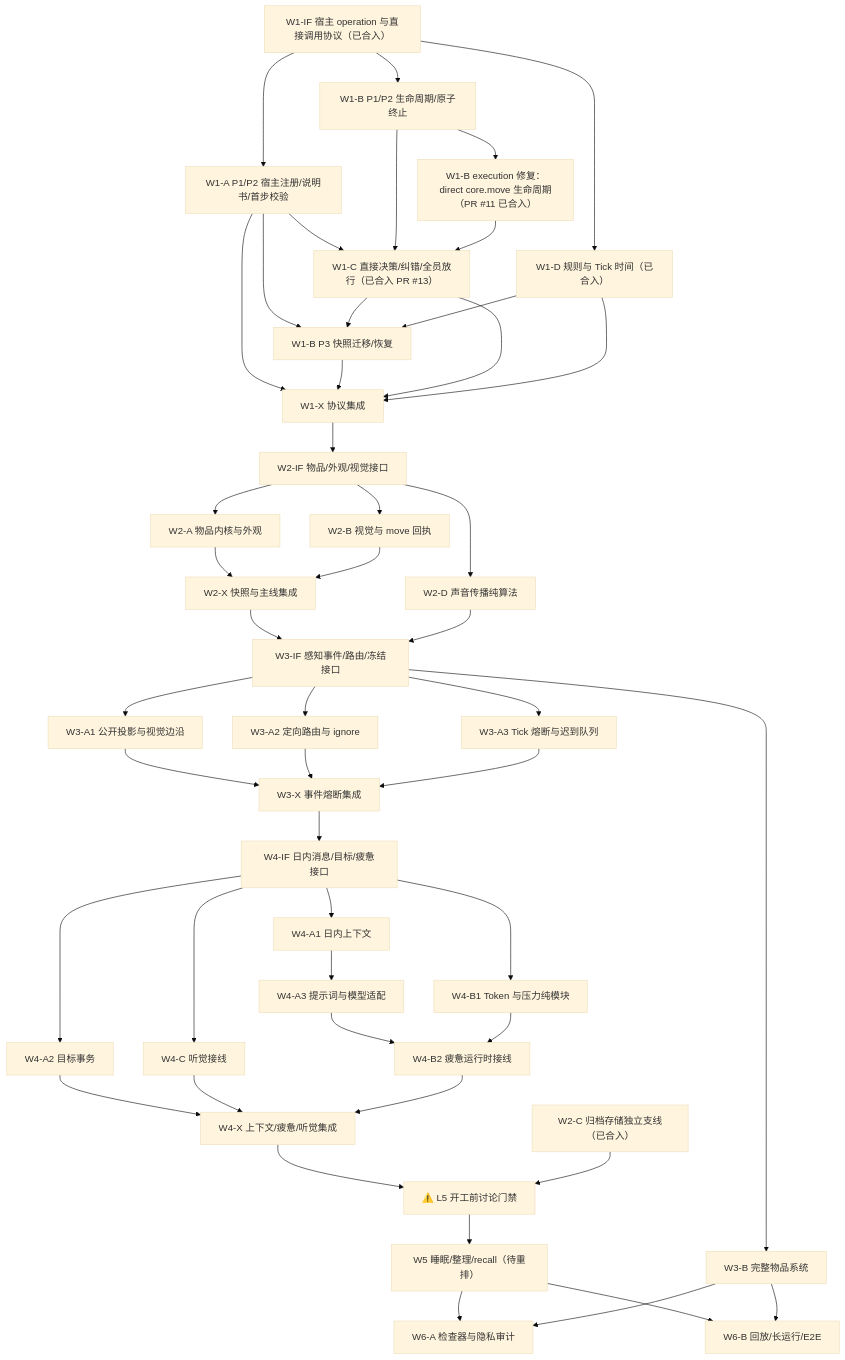
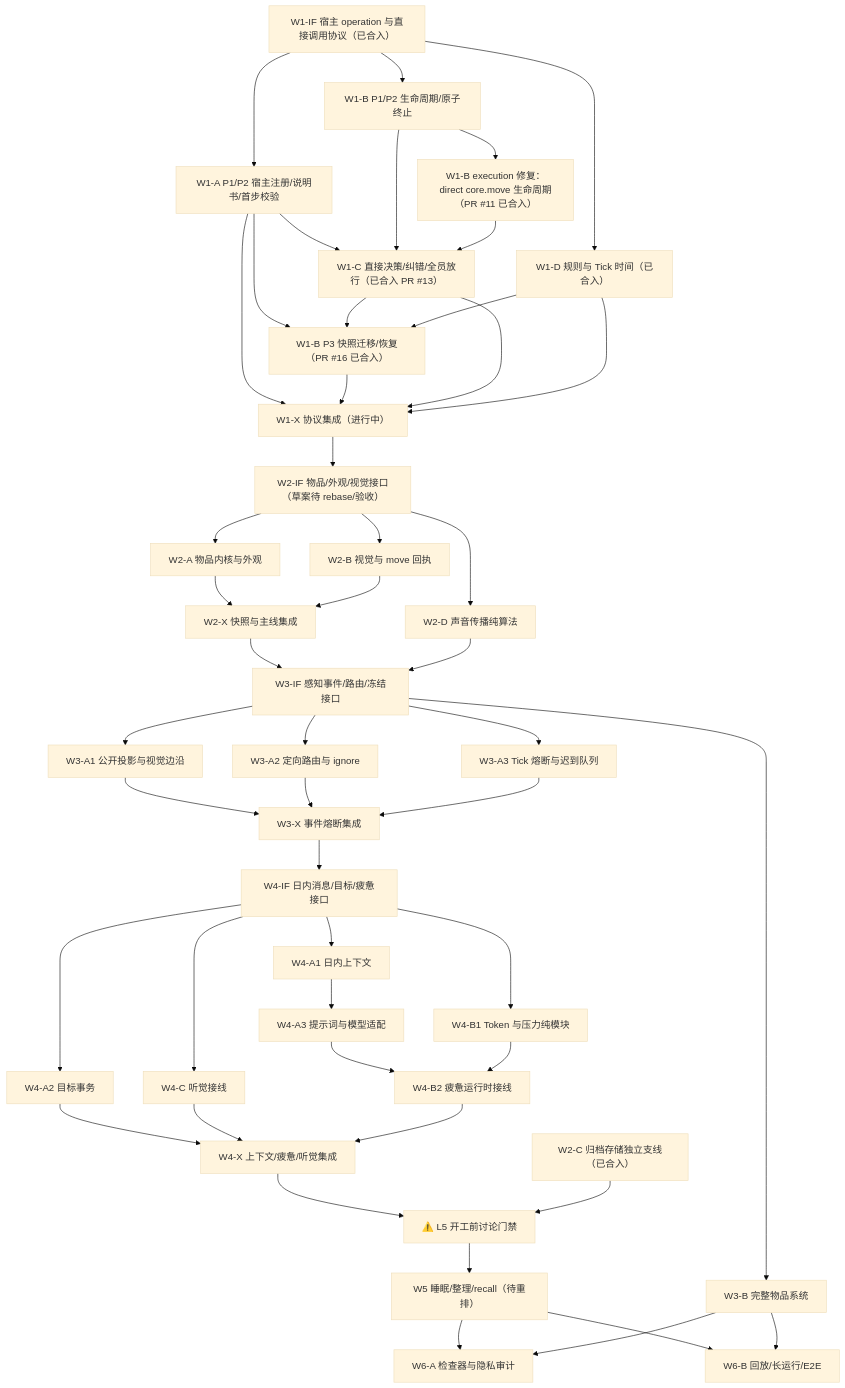
One commit to mitao-su/GodSimulation changed the diagram in docs/architecture/character-context-parallel-waves.md. Above: the diagram before and after it, drawn with Mermaid (base theme). The commit also changed other lines of this file and 2 other files, not shown here.

````diff
--- a/docs/architecture/character-context-parallel-waves.md
+++ b/docs/architecture/character-context-parallel-waves.md
@@ -63,55 +63,55 @@
 ```mermaid
 flowchart TB
   W1IF["W1-IF 宿主 operation 与直接调用协议（已合入）"] --> W1A["W1-A P1/P2 宿主注册/说明书/首步校验"]
   W1IF --> W1B12["W1-B P1/P2 生命周期/原子终止"]
   W1IF --> W1D["W1-D 规则与 Tick 时间（已合入）"]
   W2C["W2-C 归档存储独立支线（已合入）"]
   W1A --> W1C["W1-C 直接决策/纠错/全员放行（已合入 PR #13）"]
   W1B12 --> W1C
   W1B12 --> MOVEFIX["W1-B execution 修复：direct core.move 生命周期（PR #11 已合入）"]
   MOVEFIX --> W1C
-  W1A --> W1B3["W1-B P3 快照迁移/恢复"]
+  W1A --> W1B3["W1-B P3 快照迁移/恢复（PR #16 已合入）"]
   W1C --> W1B3
   W1D --> W1B3
-  W1A --> W1X["W1-X 协议集成"]
+  W1A --> W1X["W1-X 协议集成（进行中）"]
   W1B3 --> W1X
   W1C --> W1X
   W1D --> W1X
 
-  W1X --> W2IF["W2-IF 物品/外观/视觉接口"]
+  W1X --> W2IF["W2-IF 物品/外观/视觉接口（草案待 rebase/验收）"]
   W2IF --> W2A["W2-A 物品内核与外观"]
   W2IF --> W2B["W2-B 视觉与 move 回执"]
   W2IF --> W2D["W2-D 声音传播纯算法"]
   W2A --> W2X["W2-X 快照与主线集成"]
   W2B --> W2X
 
   W2X --> W3IF["W3-IF 感知事件/路由/冻结接口"]
   W2D --> W3IF
   W3IF --> W3A1["W3-A1 公开投影与视觉边沿"]
   W3IF --> W3A2["W3-A2 定向路由与 ignore"]
   W3IF --> W3A3["W3-A3 Tick 熔断与迟到队列"]
   W3IF --> W3B["W3-B 完整物品系统"]
   W3A1 --> W3X["W3-X 事件熔断集成"]
   W3A2 --> W3X
   W3A3 --> W3X
 
   W3X --> W4IF["W4-IF 日内消息/目标/疲惫接口"]
   W4IF --> W4A1["W4-A1 日内上下文"]
   W4IF --> W4A2["W4-A2 目标事务"]
   W4IF --> W4B1["W4-B1 Token 与压力纯模块"]
   W4IF --> W4C["W4-C 听觉接线"]
   W4A1 --> W4A3["W4-A3 提示词与模型适配"]
   W4A3 --> W4B2["W4-B2 疲惫运行时接线"]
   W4B1 --> W4B2
   W4A2 --> W4X["W4-X 上下文/疲惫/听觉集成"]
   W4C --> W4X
   W4B2 --> W4X
 
   W4X --> L5GATE["⚠️ L5 开工前讨论门禁"]
   W2C --> L5GATE
   L5GATE --> W5["W5 睡眠/整理/recall（待重排）"]
   W5 --> W6A["W6-A 检查器与隐私审计"]
   W5 --> W6B["W6-B 回放/长运行/E2E"]
   W3B --> W6A
   W3B --> W6B
 ```
````
